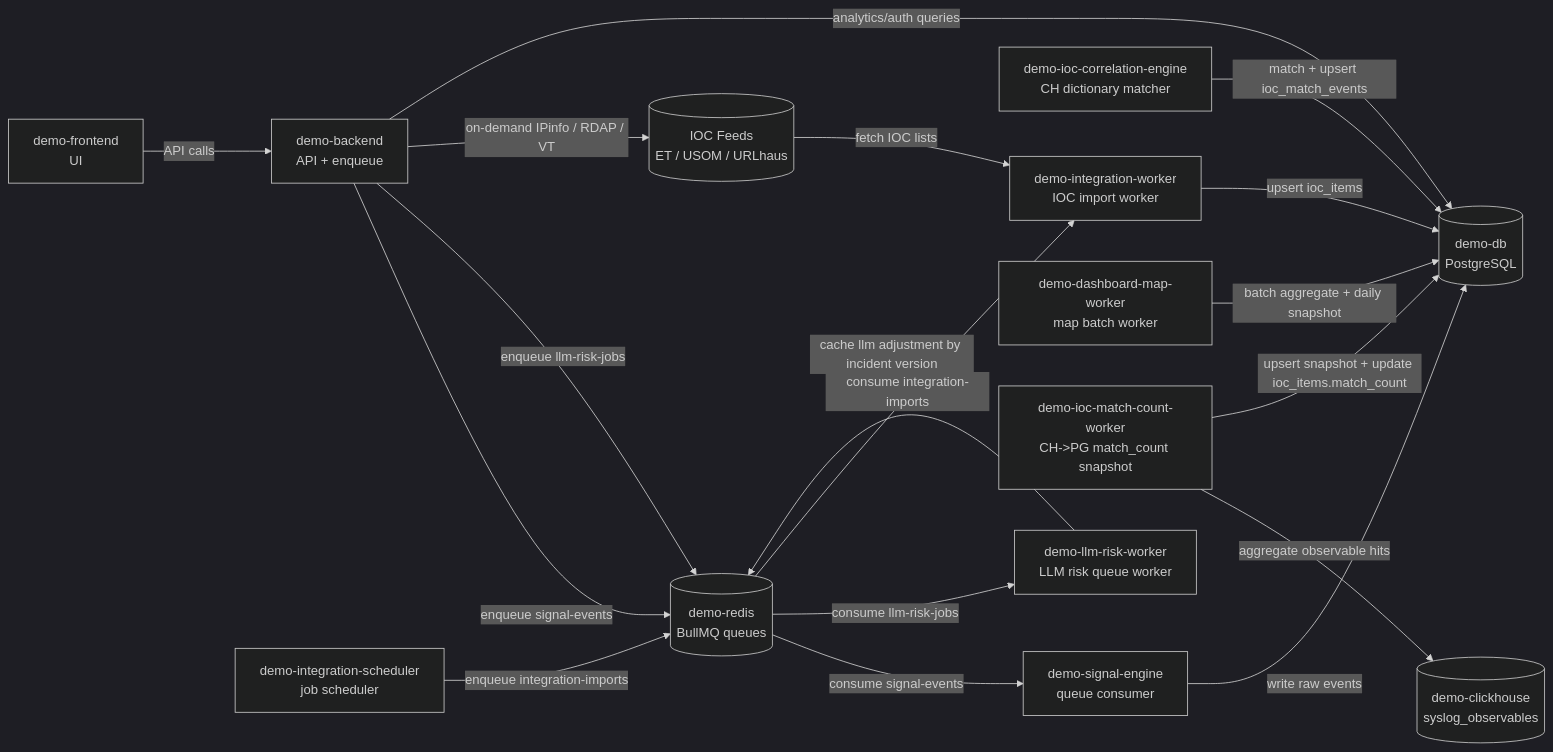
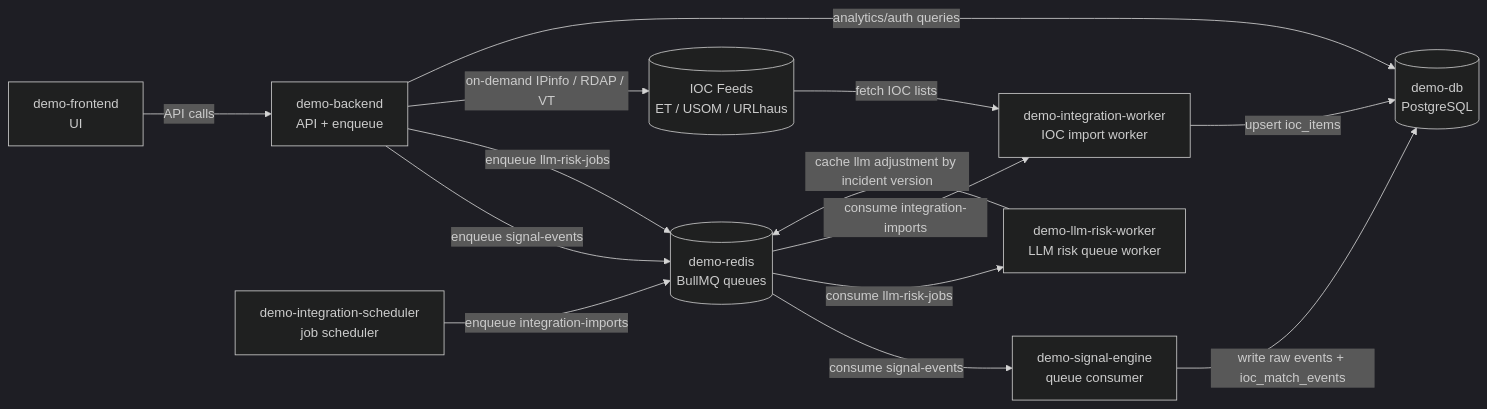
Before and after one commit to spatronn/TalonHound: the diagram in docs/container-operations-and-tuning.md, drawn with Mermaid (dark theme). The commit also changed other lines of this file and 5 other files, not shown here.

````diff
--- a/docs/container-operations-and-tuning.md
+++ b/docs/container-operations-and-tuning.md
@@ -345,36 +229,28 @@
 ```mermaid
 flowchart LR
     FE[demo-frontend\nUI]
     BE[demo-backend\nAPI + enqueue]
     R[(demo-redis\nBullMQ queues)]
     SE[demo-signal-engine\nqueue consumer]
-    ICE[demo-ioc-correlation-engine\nCH dictionary matcher]
     IS[demo-integration-scheduler\njob scheduler]
     IW[demo-integration-worker\nIOC import worker]
-    MW[demo-dashboard-map-worker\nmap batch worker]
-    IMC[demo-ioc-match-count-worker\nCH->PG match_count snapshot]
     LLMW[demo-llm-risk-worker\nLLM risk queue worker]
     DB[(demo-db\nPostgreSQL)]
-    CH[(demo-clickhouse\nsyslog_observables)]
     EXT[(IOC Feeds\nET / USOM / URLhaus)]
 
     FE -->|API calls| BE
 
     BE -->|enqueue signal-events| R
     BE -->|enqueue llm-risk-jobs| R
     R -->|consume signal-events| SE
     R -->|consume llm-risk-jobs| LLMW
-    SE -->|write raw events| DB
-    ICE -->|match + upsert ioc_match_events| DB
+    SE -->|write raw events + ioc_match_events| DB
     LLMW -->|cache llm adjustment by incident version| R
 
     IS -->|enqueue integration-imports| R
     R -->|consume integration-imports| IW
     EXT -->|fetch IOC lists| IW
     IW -->|upsert ioc_items| DB
-    MW -->|batch aggregate + daily snapshot| DB
-    IMC -->|aggregate observable hits| CH
-    IMC -->|upsert snapshot + update ioc_items.match_count| DB
     BE -->|on-demand IPinfo / RDAP / VT| EXT
     BE -->|analytics/auth queries| DB
 ```
````
